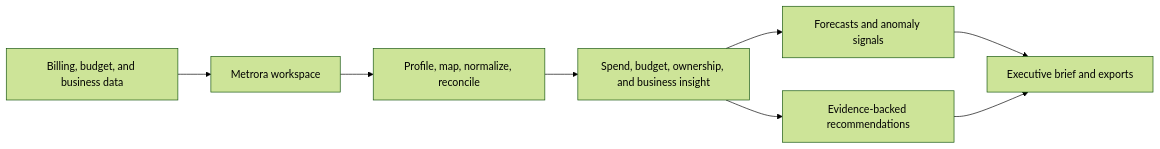
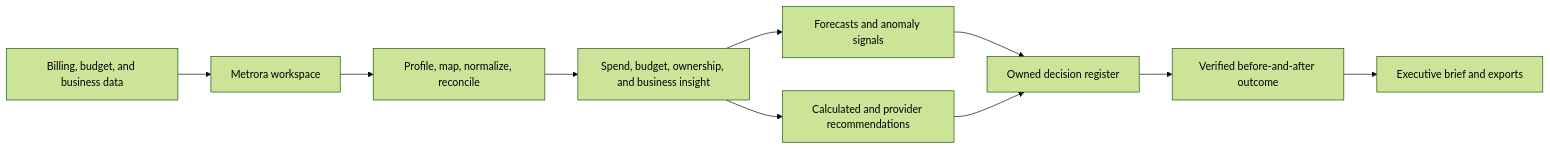
One commit to ndomathoti16-create/Metrora changed the diagram in README.md. Above: the diagram before and after it, drawn with Mermaid (forest theme). The commit also changed other lines of this file and 34 other files, not shown here.

````diff
--- a/README.md
+++ b/README.md
@@ -66,10 +91,12 @@
 ```mermaid
 flowchart LR
     SOURCES[Billing, budget, and business data] --> WORKSPACE[Metrora workspace]
     WORKSPACE --> TRUST[Profile, map, normalize, reconcile]
     TRUST --> INSIGHT[Spend, budget, ownership, and business insight]
     INSIGHT --> OUTLOOK[Forecasts and anomaly signals]
-    INSIGHT --> ACTION[Evidence-backed recommendations]
-    OUTLOOK --> BRIEF[Executive brief and exports]
-    ACTION --> BRIEF
+    INSIGHT --> ACTION[Calculated and provider recommendations]
+    OUTLOOK --> DECISION[Owned decision register]
+    ACTION --> DECISION
+    DECISION --> OUTCOME[Verified before-and-after outcome]
+    OUTCOME --> BRIEF[Executive brief and exports]
 ```
````
